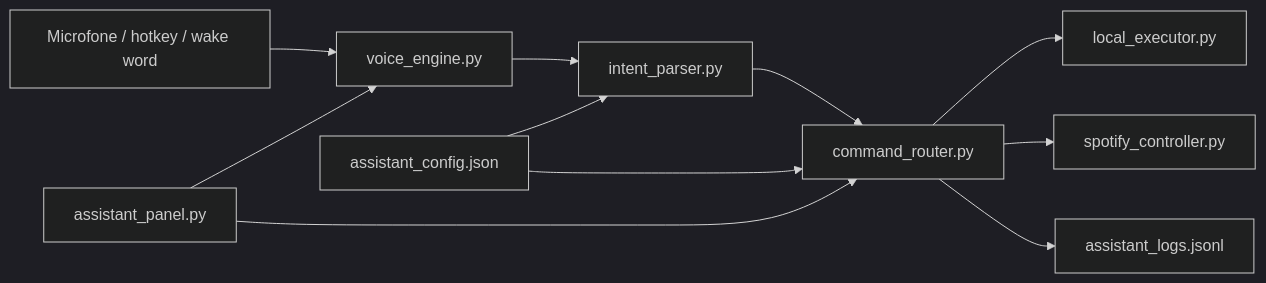
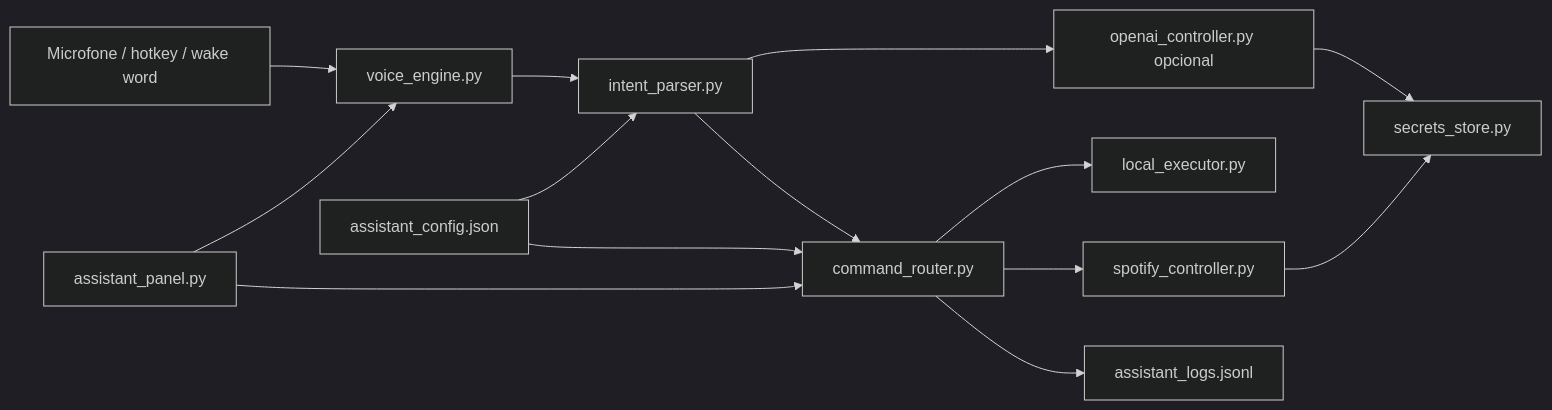
One commit to mask-bit/pc-control changed the diagram in docs/ARCHITECTURE.md. Above: the diagram before and after it, drawn with Mermaid (dark theme). The commit also changed other lines of this file and 17 other files, not shown here.

````diff
--- a/docs/ARCHITECTURE.md
+++ b/docs/ARCHITECTURE.md
@@ -7,13 +7,16 @@
 ```mermaid
 flowchart LR
   Mic["Microfone / hotkey / wake word"] --> Voice["voice_engine.py"]
   Voice --> Parser["intent_parser.py"]
+  Parser --> OpenAI["openai_controller.py opcional"]
   Parser --> Router["command_router.py"]
   Router --> Exec["local_executor.py"]
   Router --> Spotify["spotify_controller.py"]
   Router --> Logs["assistant_logs.jsonl"]
+  OpenAI --> Secrets["secrets_store.py"]
+  Spotify --> Secrets
   Panel["assistant_panel.py"] --> Voice
   Panel --> Router
   Config["assistant_config.json"] --> Parser
   Config --> Router
 ```
````
